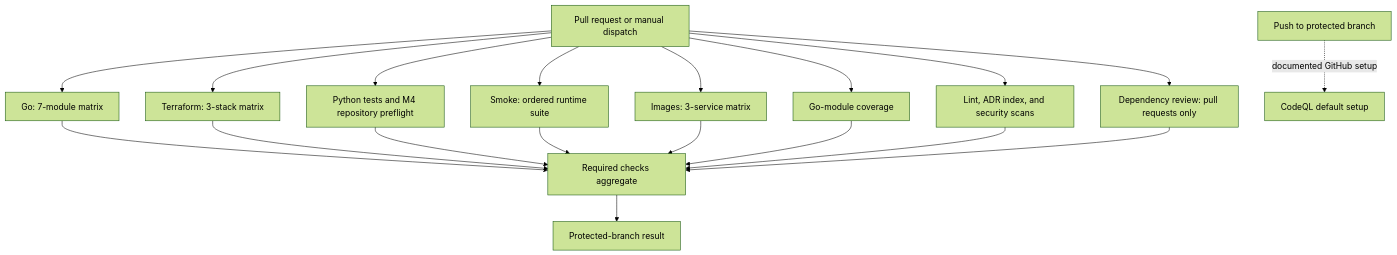
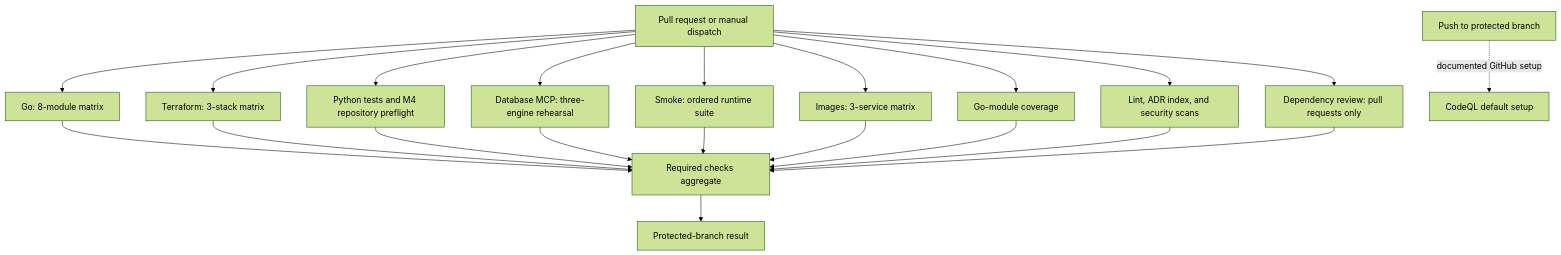
The diagram in docs/repository-file-checks.md (lilabrooks/my-local-platform), drawn with Mermaid (forest theme) before and after one commit. The commit also changed other lines of this file and 29 other files, not shown here.

First line of the commit message:
Add a read-only database MCP showcase (#185)

````diff
--- a/docs/repository-file-checks.md
+++ b/docs/repository-file-checks.md
@@ -58,24 +58,26 @@
 ```mermaid
 flowchart TD
     event[Pull request or manual dispatch]
-    event --> go[Go: 7-module matrix]
+    event --> go[Go: 8-module matrix]
     event --> terraform[Terraform: 3-stack matrix]
     event --> python[Python tests and M4 repository preflight]
+    event --> database[Database MCP: three-engine rehearsal]
     event --> smoke[Smoke: ordered runtime suite]
     event --> image[Images: 3-service matrix]
     event --> modules[Go-module coverage]
     event --> lint[Lint, ADR index, and security scans]
     event --> dependency[Dependency review: pull requests only]
 
     go --> required[Required checks aggregate]
     terraform --> required
     python --> required
+    database --> required
     smoke --> required
     image --> required
     modules --> required
     lint --> required
     dependency --> required
     required --> protection[Protected-branch result]
 
     push[Push to protected branch] -. documented GitHub setup .-> codeql[CodeQL default setup]
 ```
````
